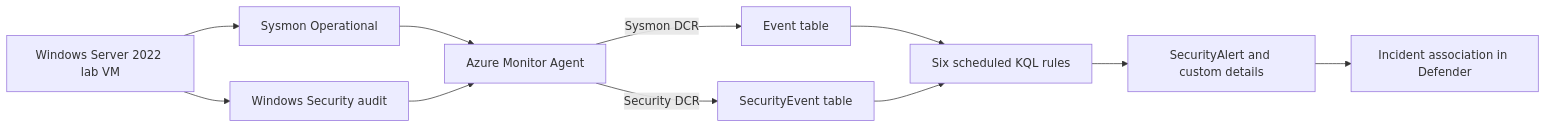
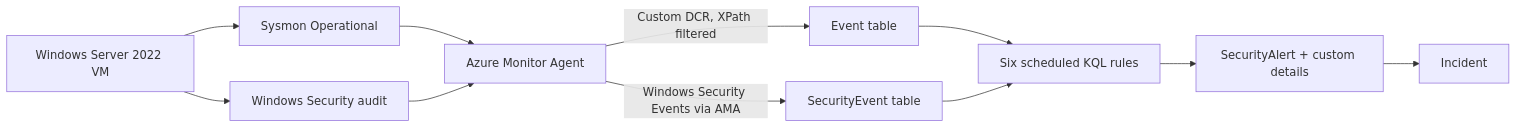
Before and after one commit to PeteAndrews1289/sentinel-detection-validation-lab: the diagram in README.md, drawn with Mermaid. The commit also changed other lines of this file, not shown here.

````diff
--- a/README.md
+++ b/README.md
@@ -21,19 +33,19 @@
 ```mermaid
 flowchart LR
-    VM[Windows Server 2022 lab VM]
+    VM[Windows Server 2022 VM]
     SY[Sysmon Operational]
     SE[Windows Security audit]
     AMA[Azure Monitor Agent]
     E[Event table]
     S[SecurityEvent table]
     K[Six scheduled KQL rules]
-    A[SecurityAlert and custom details]
-    I[Incident association in Defender]
+    A[SecurityAlert + custom details]
+    I[Incident]
     VM --> SY --> AMA
     VM --> SE --> AMA
-    AMA -->|Sysmon DCR| E
-    AMA -->|Security DCR| S
+    AMA -->|Custom DCR, XPath filtered| E
+    AMA -->|Windows Security Events via AMA| S
     E --> K
     S --> K
     K --> A --> I
 ```
````
